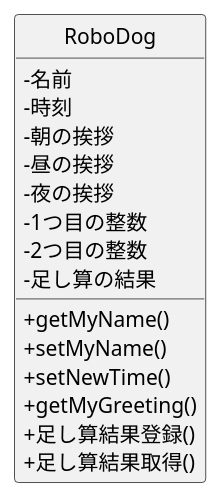
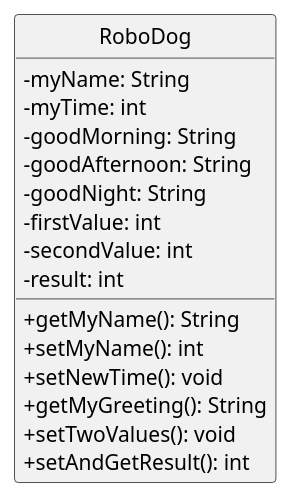
The diagram in 06_robo_dog/06_robo_dog/class.pu (toshiyafujita/ohara_uml), drawn with PlantUML before and after one commit.

Commit message:
class.pu変更

```diff
--- a/06_robo_dog/06_robo_dog/class.pu
+++ b/06_robo_dog/06_robo_dog/class.pu
@@ -1,23 +1,25 @@
 @startuml Robodogクラス図
 skinparam classAttributeIconSize 0
 hide circle
 
 class RoboDog {
- -名前
- -時刻
- -朝の挨拶
- -昼の挨拶
- -夜の挨拶
- -1つ目の整数
- -2つ目の整数
- -足し算の結果
+ -myName: String
+ -myTime: int
+ -goodMorning: String
+ -goodAfternoon: String
+ -goodNight: String
+ -firstValue: int
+ -secondValue: int
+'  -教科書にはない
+ -result: int
 
- +getMyName()
- +setMyName()
- +setNewTime()
- +getMyGreeting()
- +足し算結果登録()
- +足し算結果取得()
+ +getMyName(): String
+ +setMyName(): int
+ +setNewTime(): void
+ +getMyGreeting(): String
+'-教科書にはない
+ +setTwoValues(): void
+ +setAndGetResult(): int
 }
 
 @enduml
```
